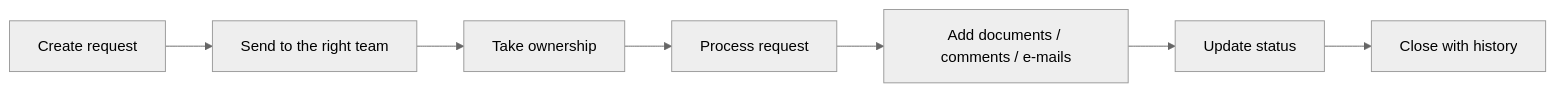
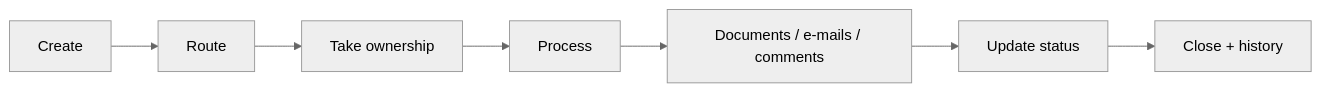
Before and after one commit to jeffersonkuku/jefferson-Mawapanga-Saku: the first of 2 diagrams in projects/power-platform-ticketing-system/README.md, drawn with Mermaid (neutral theme). The commit also changed other lines of this file and 2 other files, not shown here.

````diff
--- a/projects/power-platform-ticketing-system/README.md
+++ b/projects/power-platform-ticketing-system/README.md
@@ -21,9 +17,9 @@
 ```mermaid
 flowchart LR
-    A[Create request] --> B[Send to the right team]
+    A[Create] --> B[Route]
     B --> C[Take ownership]
-    C --> D[Process request]
-    D --> E[Add documents / comments / e-mails]
+    C --> D[Process]
+    D --> E[Documents / e-mails / comments]
     E --> F[Update status]
-    F --> G[Close with history]
+    F --> G[Close + history]
 ```
````
